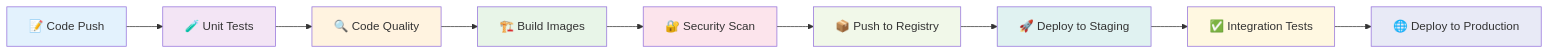
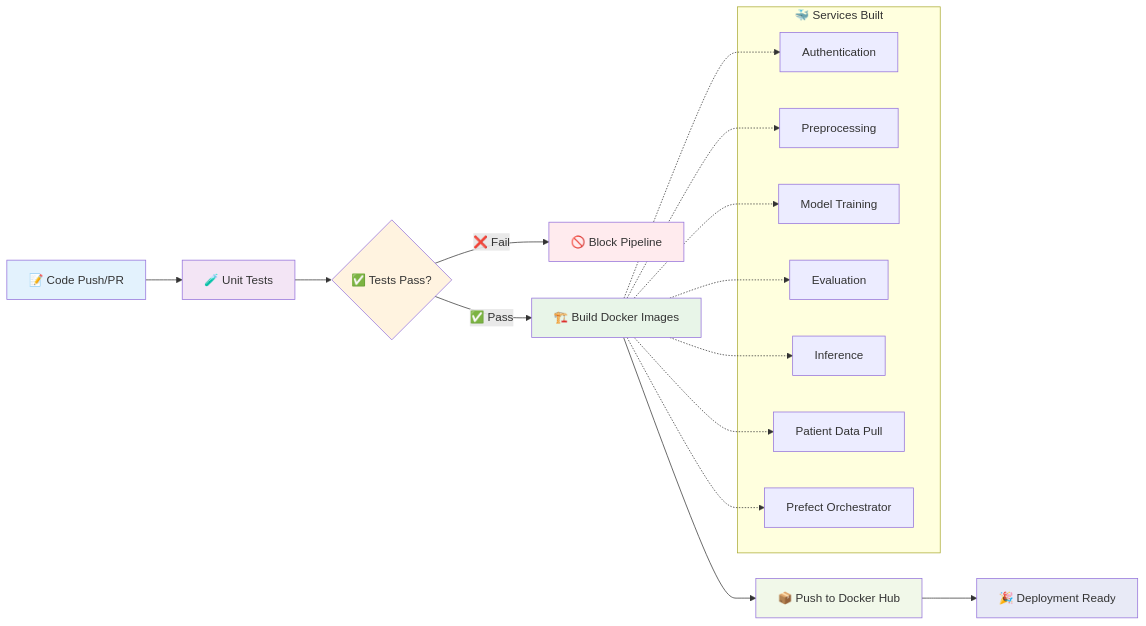
The third of 4 diagrams in README.md (Cady4/Epilepsy_Prediction_MLOPS), drawn with Mermaid before and after one commit. The commit also changed other lines of this file, not shown here.

````diff
--- a/README.md
+++ b/README.md
@@ -162,21 +163,35 @@
 ```mermaid
 graph LR
-    A[📝 Code Push] --> B[🧪 Unit Tests]
-    B --> C[🔍 Code Quality]
-    C --> D[🏗️ Build Images]
-    D --> E[🔐 Security Scan]
-    E --> F[📦 Push to Registry]
-    F --> G[🚀 Deploy to Staging]
-    G --> H[✅ Integration Tests]
-    H --> I[🌐 Deploy to Production]
+    A[📝 Code Push/PR] --> B[🧪 Unit Tests]
+    B --> C{✅ Tests Pass?}
+    C -->|❌ Fail| D[🚫 Block Pipeline]
+    C -->|✅ Pass| E[🏗️ Build Docker Images]
+    E --> F[📦 Push to Docker Hub]
+    F --> G[🎉 Deployment Ready]
+    
+    subgraph "🐳 Services Built"
+        S1[Authentication]
+        S2[Preprocessing] 
+        S3[Model Training]
+        S4[Evaluation]
+        S5[Inference]
+        S6[Patient Data Pull]
+        S7[Prefect Orchestrator]
+    end
+    
+    E -.-> S1
+    E -.-> S2
+    E -.-> S3
+    E -.-> S4
+    E -.-> S5
+    E -.-> S6
+    E -.-> S7
     
     style A fill:#e3f2fd
     style B fill:#f3e5f5
     style C fill:#fff3e0
-    style D fill:#e8f5e8
-    style E fill:#fce4ec
+    style E fill:#e8f5e8
     style F fill:#f1f8e9
-    style G fill:#e0f2f1
-    style H fill:#fff8e1
-    style I fill:#e8eaf6
+    style G fill:#e8eaf6
+    style D fill:#ffebee
 ```
````
